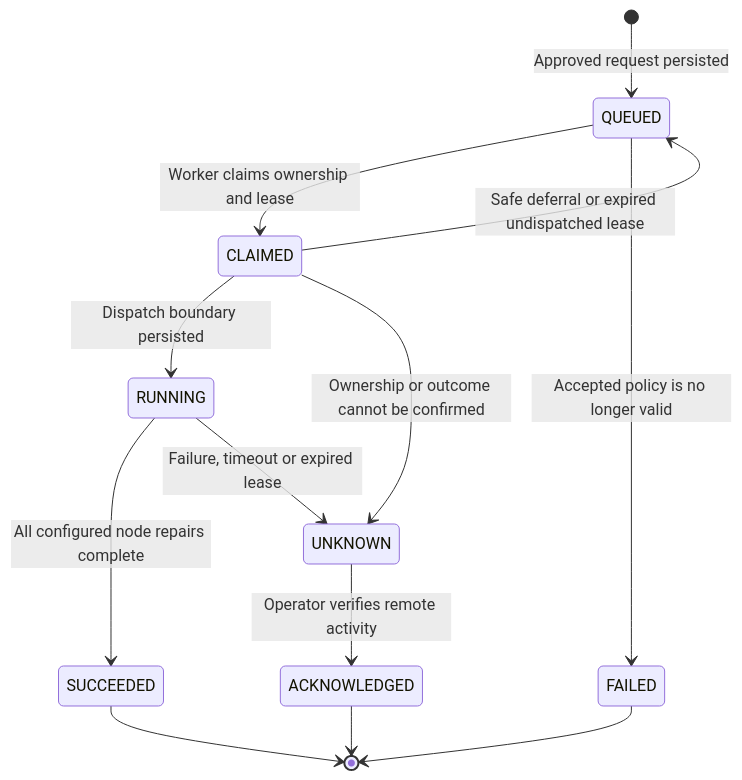
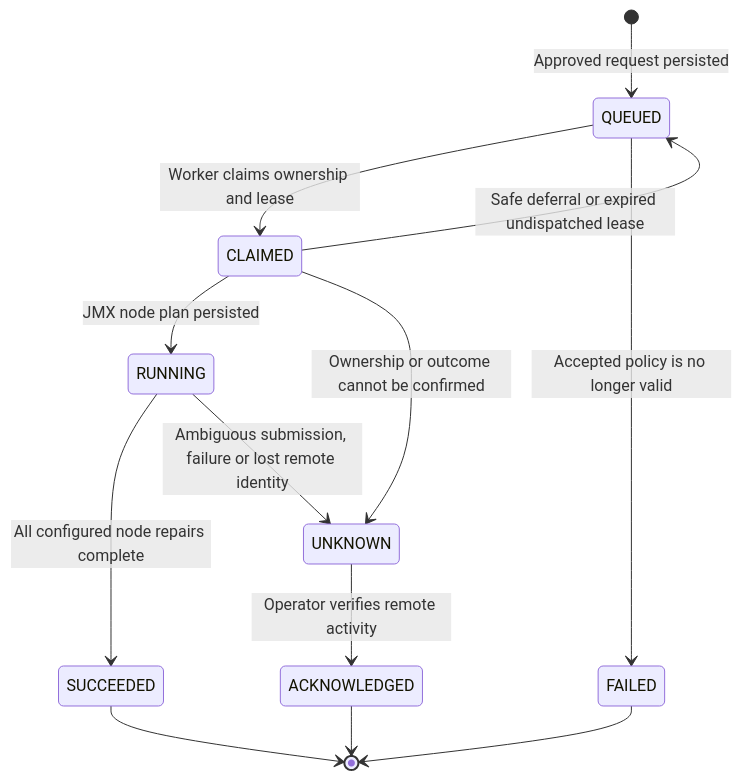
Before and after one commit to elephait/cassandra-dbaas-demo: the second of 2 diagrams in README.md, drawn with Mermaid. The commit also changed other lines of this file and 16 other files, not shown here.

````diff
--- a/README.md
+++ b/README.md
@@ -66,15 +67,15 @@
 ```mermaid
 stateDiagram-v2
     [*] --> QUEUED: Approved request persisted
     QUEUED --> CLAIMED: Worker claims ownership and lease
     QUEUED --> FAILED: Accepted policy is no longer valid
     CLAIMED --> QUEUED: Safe deferral or expired undispatched lease
-    CLAIMED --> RUNNING: Dispatch boundary persisted
+    CLAIMED --> RUNNING: JMX node plan persisted
     CLAIMED --> UNKNOWN: Ownership or outcome cannot be confirmed
     RUNNING --> SUCCEEDED: All configured node repairs complete
-    RUNNING --> UNKNOWN: Failure, timeout or expired lease
+    RUNNING --> UNKNOWN: Ambiguous submission, failure or lost remote identity
     UNKNOWN --> ACKNOWLEDGED: Operator verifies remote activity
     SUCCEEDED --> [*]
     FAILED --> [*]
     ACKNOWLEDGED --> [*]
 ```
````
